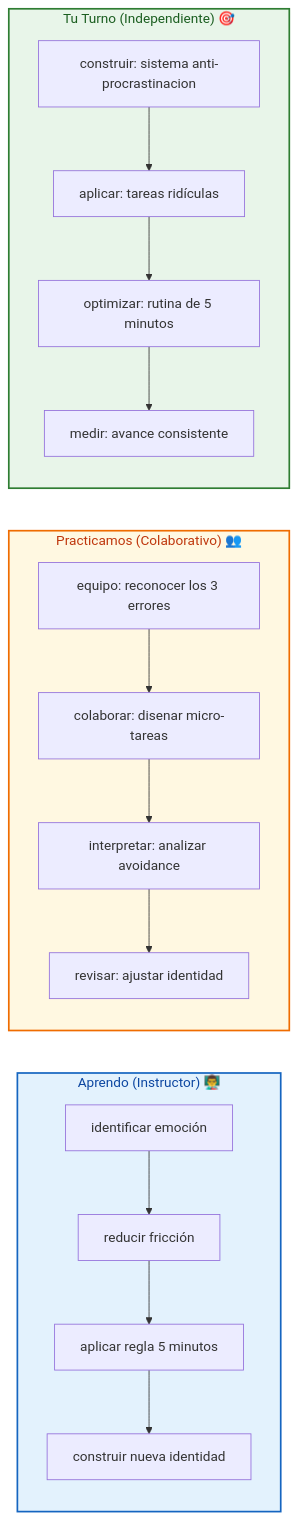
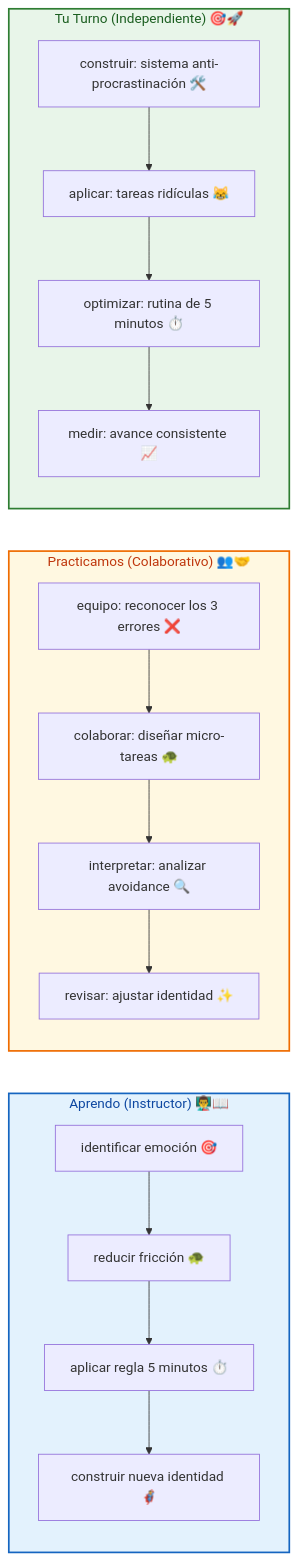
Before and after one commit to jeroroldan/jeronimo-blog: the second of 3 diagrams in src/content/blog/neurociencia-procrastinacion-alvaro-hernandez.md, drawn with Mermaid. The commit also changed other lines of this file and 1 other file, not shown here.

````diff
--- a/src/content/blog/neurociencia-procrastinacion-alvaro-hernandez.md
+++ b/src/content/blog/neurociencia-procrastinacion-alvaro-hernandez.md
@@ -64,25 +66,25 @@
 ```mermaid
 flowchart LR
-    subgraph APRENDO["Aprendo (Instructor) 👨‍🏫"]
+    subgraph APRENDO["Aprendo (Instructor) 👨‍🏫📖"]
         direction TB
-        A1[identificar emoción] --> A2[reducir fricción] --> A3[aplicar regla 5 minutos] --> A4[construir nueva identidad]
+        A1[identificar emoción 🎯] --> A2[reducir fricción 🐢] --> A3[aplicar regla 5 minutos ⏱️] --> A4[construir nueva identidad 🦸]
     end
 
-    subgraph PRACTICAMOS["Practicamos (Colaborativo) 👥"]
+    subgraph PRACTICAMOS["Practicamos (Colaborativo) 👥🤝"]
         direction TB
-        B1[equipo: reconocer los 3 errores] --> B2[colaborar: disenar micro-tareas] --> B3[interpretar: analizar avoidance] --> B4[revisar: ajustar identidad]
+        B1[equipo: reconocer los 3 errores ❌] --> B2[colaborar: diseñar micro-tareas 🐢] --> B3[interpretar: analizar avoidance 🔍] --> B4[revisar: ajustar identidad ✨]
     end
 
-    subgraph TU_TURNO["Tu Turno (Independiente) 🎯"]
+    subgraph TU_TURNO["Tu Turno (Independiente) 🎯🚀"]
         direction TB
-        C1[construir: sistema anti-procrastinacion] --> C2[aplicar: tareas ridículas] --> C3[optimizar: rutina de 5 minutos] --> C4[medir: avance consistente]
+        C1[construir: sistema anti-procrastinación 🛠️] --> C2[aplicar: tareas ridículas 😹] --> C3[optimizar: rutina de 5 minutos ⏱️] --> C4[medir: avance consistente 📈]
     end
 
     classDef APRENDO_Style fill:#E3F2FD,stroke:#1565C0,stroke-width:2px,color:#0D47A1;
     classDef PRACTICAMOS_Style fill:#FFF8E1,stroke:#EF6C00,stroke-width:2px,color:#BF360C;
     classDef TU_TURNO_Style fill:#E8F5E9,stroke:#2E7D32,stroke-width:2px,color:#1B5E20;
 
     class APRENDO APRENDO_Style;
     class PRACTICAMOS PRACTICAMOS_Style;
     class TU_TURNO TU_TURNO_Style;
 ```
````
